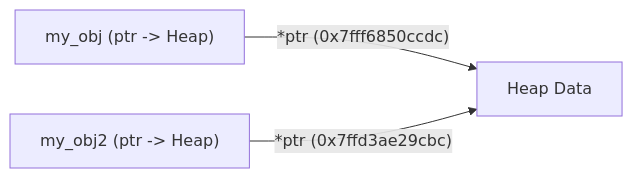
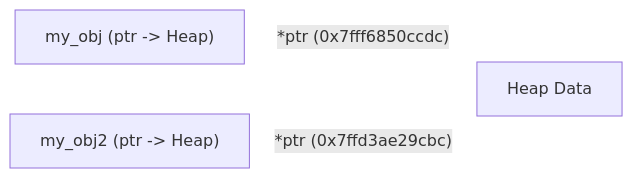
The first of 2 diagrams in docs/_posts/2025-11-29-rust-rules-and-guidelines.md (Elsie19/Elsie19), drawn with Mermaid before and after one commit. The commit also changed other lines of this file, not shown here.

````diff
--- a/docs/_posts/2025-11-29-rust-rules-and-guidelines.md
+++ b/docs/_posts/2025-11-29-rust-rules-and-guidelines.md
@@ -425,9 +425,11 @@
 ```mermaid
 flowchart LR
     A["my_obj (ptr -> Heap)"]
     H["Heap Data"]
     B["my_obj2 (ptr -> Heap)"]
 
     A -->|"*ptr (0x7fff6850ccdc)"| H
     B -->|"*ptr (0x7ffd3ae29cbc)"| H
+
+    linkStyle default stroke: white
 ```
````
